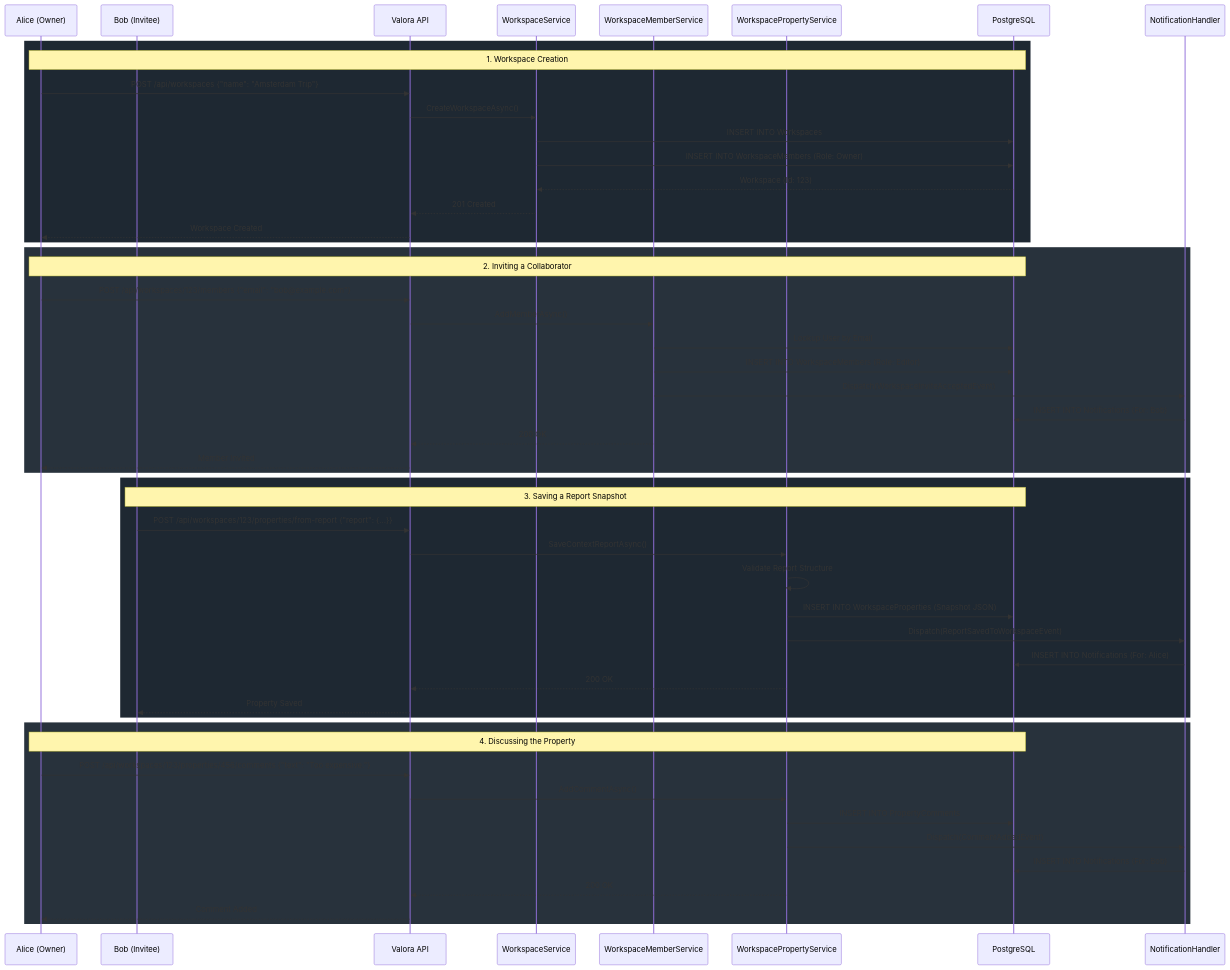
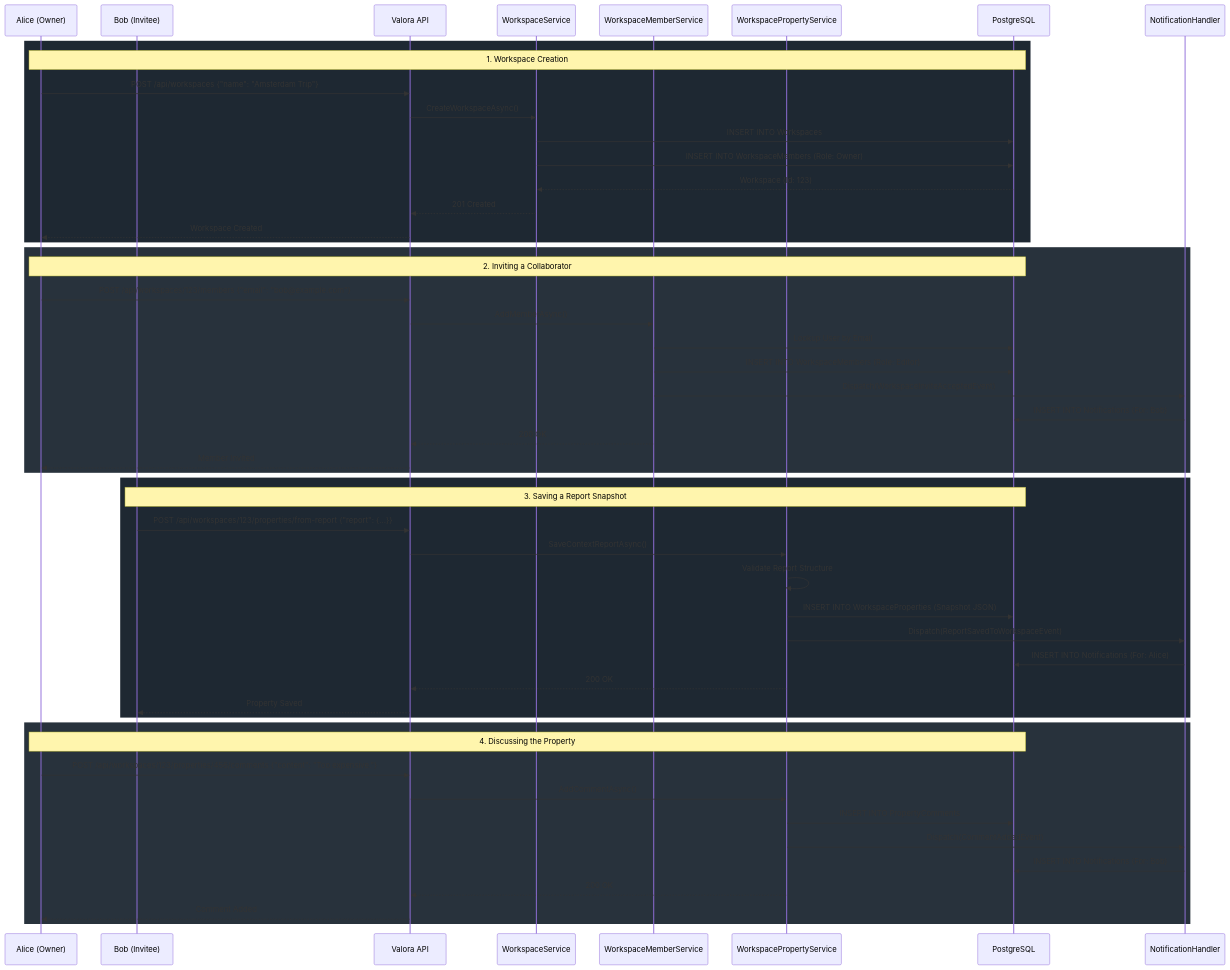
One commit to YKDBontekoe/valora changed the diagram in docs/onboarding-workspace-flow.md. Above: the diagram before and after it, drawn with Mermaid. The commit also changed 1 other file, not shown here.

Commit message:
docs: fix DTO examples in API reference and onboarding flow
- Update the `docs/api-reference.md` example payload for the `UserAiProfileDto` to match the actual C# properties (Preferences, HouseholdProfile, DisallowedSuggestions, etc.).
- Fix `docs/onboarding-workspace-flow.md` to use `"content"` instead of `"text"` in the Add Comment JSON payload to correctly align with `AddCommentDto.cs`.

````diff
--- a/docs/onboarding-workspace-flow.md
+++ b/docs/onboarding-workspace-flow.md
@@ -15,61 +15,61 @@
 ```mermaid
 sequenceDiagram
     participant UserA as Alice (Owner)
     participant UserB as Bob (Invitee)
     participant API as Valora API
     participant W_Svc as WorkspaceService
     participant WM_Svc as WorkspaceMemberService
     participant WP_Svc as WorkspacePropertyService
     participant DB as PostgreSQL
     participant Event as NotificationHandler
 
     %% 1. Create Workspace
     rect rgb(30, 40, 50)
         Note over UserA, DB: 1. Workspace Creation
         UserA->>API: POST /api/workspaces {"name": "Amsterdam Trip"}
         API->>W_Svc: CreateWorkspaceAsync()
         W_Svc->>DB: INSERT INTO Workspaces
         W_Svc->>DB: INSERT INTO WorkspaceMembers (Role: Owner)
         DB-->>W_Svc: Workspace (Id: 123)
         W_Svc-->>API: 201 Created
         API-->>UserA: Workspace Created
     end
 
     %% 2. Invite Member
     rect rgb(40, 50, 60)
         Note over UserA, DB: 2. Inviting a Collaborator
         UserA->>API: POST /api/workspaces/123/members {"email": "bob@example.com"}
         API->>WM_Svc: AddMemberAsync()
         WM_Svc->>DB: Lookup User by Email
         WM_Svc->>DB: INSERT INTO WorkspaceMembers (Role: Editor)
         WM_Svc->>Event: Dispatch(WorkspaceInviteAcceptedEvent)
         Event->>DB: INSERT INTO Notifications (For: Bob)
         WM_Svc-->>API: 200 OK
         API-->>UserA: Member Invited
     end
 
     %% 3. Save Report Snapshot
     rect rgb(30, 40, 50)
         Note over UserB, DB: 3. Saving a Report Snapshot
         UserB->>API: POST /api/workspaces/123/properties/from-report {"report": {...}}
         API->>WP_Svc: SaveContextReportAsync()
         WP_Svc->>WP_Svc: Validate Report Structure
         WP_Svc->>DB: INSERT INTO WorkspaceProperties (Snapshot JSON)
         WP_Svc->>Event: Dispatch(ReportSavedToWorkspaceEvent)
         Event->>DB: INSERT INTO Notifications (For: Alice)
         WP_Svc-->>API: 200 OK
         API-->>UserB: Property Saved
     end
 
     %% 4. Add Comment
     rect rgb(40, 50, 60)
         Note over UserA, DB: 4. Discussing the Property
-        UserA->>API: POST /api/workspaces/123/properties/456/comments {"text": "Too expensive."}
+        UserA->>API: POST /api/workspaces/123/properties/456/comments {"content": "Too expensive."}
         API->>WP_Svc: AddCommentAsync()
         WP_Svc->>DB: INSERT INTO PropertyComments
         WP_Svc->>Event: Dispatch(CommentAddedEvent)
         Event->>DB: INSERT INTO Notifications (For: Bob)
         WP_Svc-->>API: 200 OK
         API-->>UserA: Comment Added
     end
 ```
````
